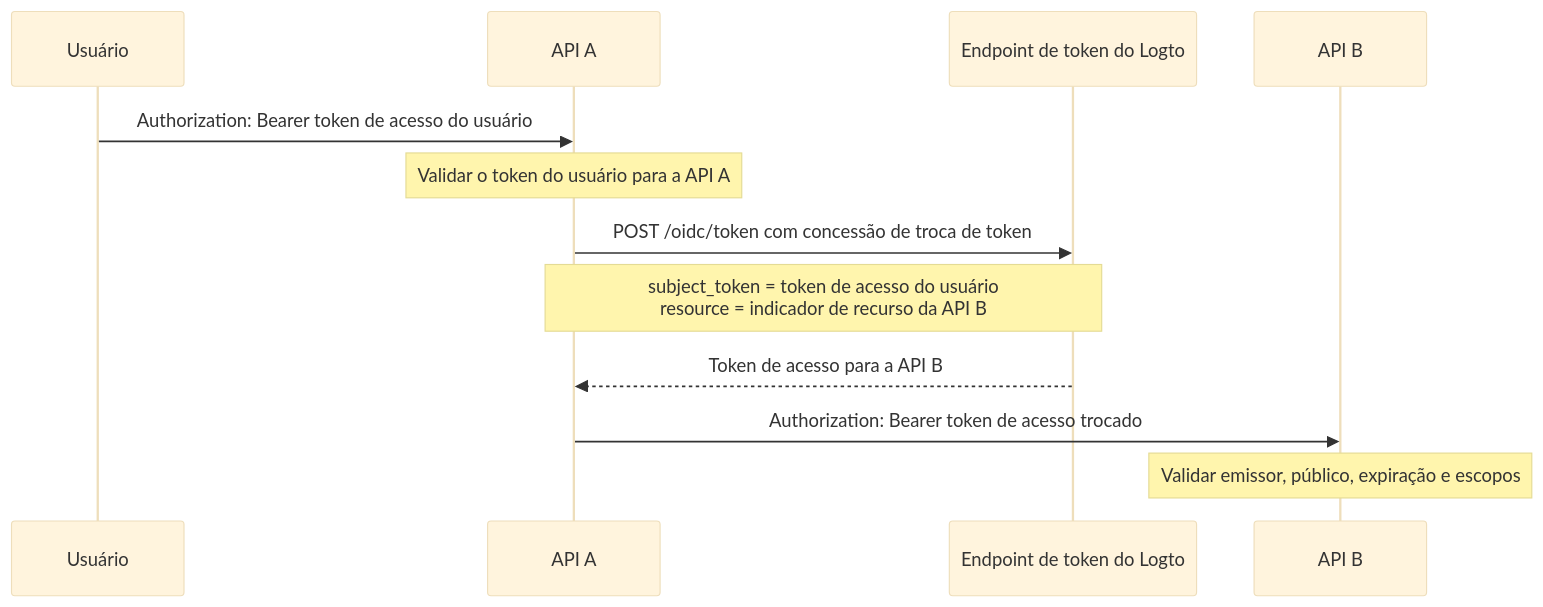
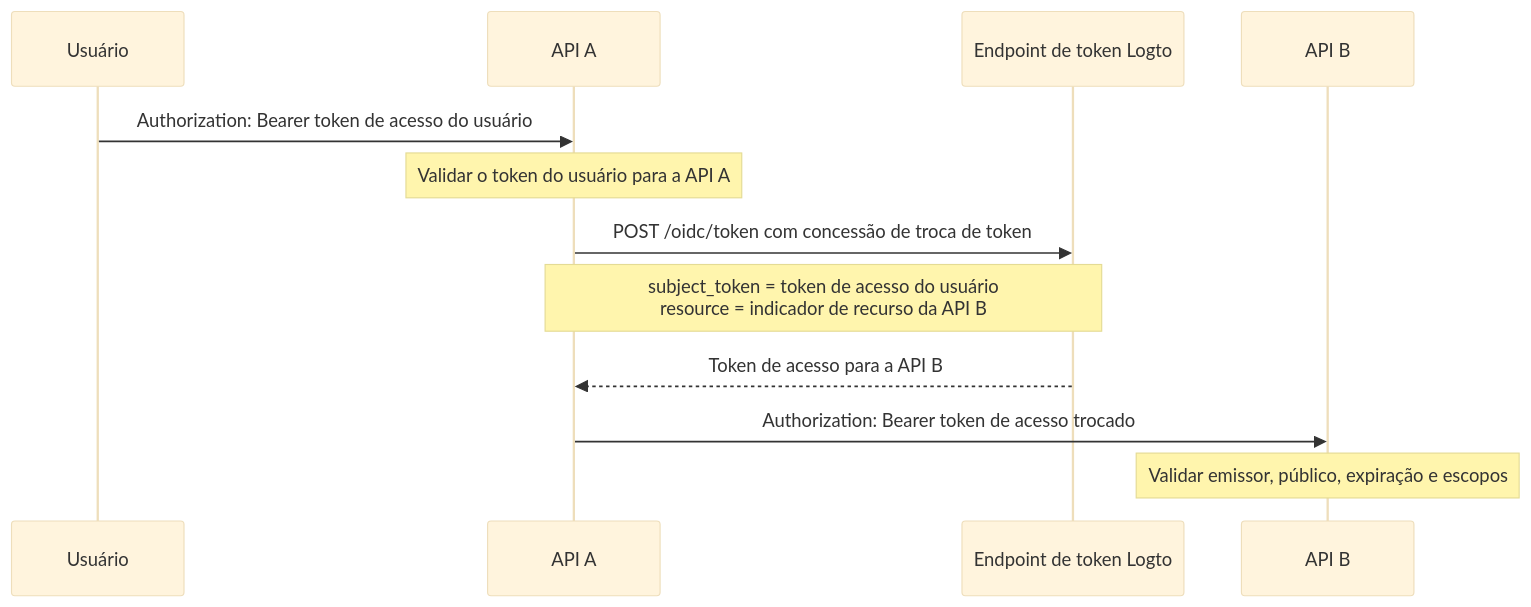
Before and after one commit to logto-io/docs: the diagram in i18n/pt-BR/docusaurus-plugin-content-docs/current/developers/service-to-service-delegation.mdx, drawn with Mermaid (base theme). The commit also changed other lines of this file and 161 other files, not shown here.

````diff
--- a/i18n/pt-BR/docusaurus-plugin-content-docs/current/developers/service-to-service-delegation.mdx
+++ b/i18n/pt-BR/docusaurus-plugin-content-docs/current/developers/service-to-service-delegation.mdx
@@ -40,17 +40,17 @@
 ```mermaid
 sequenceDiagram
     participant User as Usuário
     participant ApiA as API A
-    participant Logto as Endpoint de token do Logto
+    participant Logto as Endpoint de token Logto
     participant ApiB as API B
 
     User->>ApiA: Authorization: Bearer token de acesso do usuário
     Note over ApiA: Validar o token do usuário para a API A
 
     ApiA->>Logto: POST /oidc/token com concessão de troca de token
     Note over ApiA,Logto: subject_token = token de acesso do usuário<br/>resource = indicador de recurso da API B
 
     Logto-->>ApiA: Token de acesso para a API B
     ApiA->>ApiB: Authorization: Bearer token de acesso trocado
     Note over ApiB: Validar emissor, público, expiração e escopos
 ```
````
